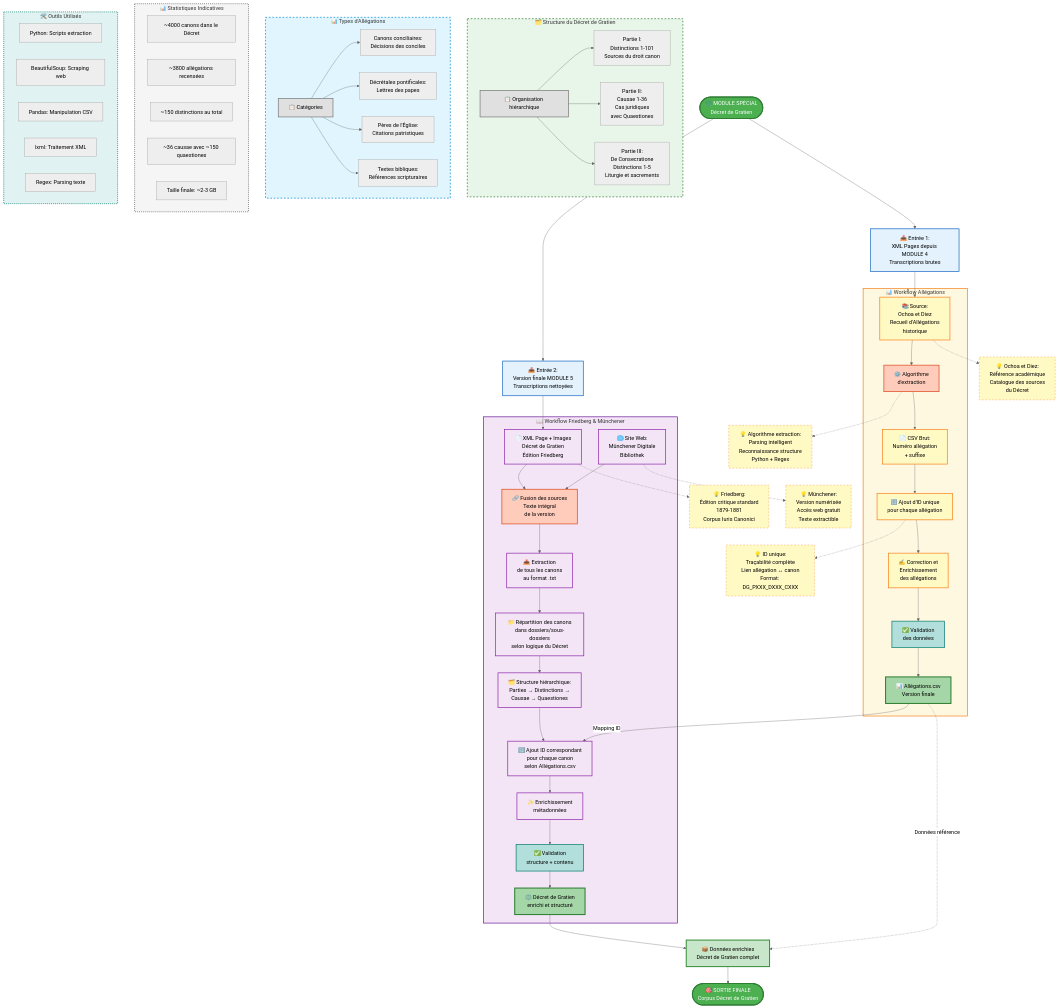
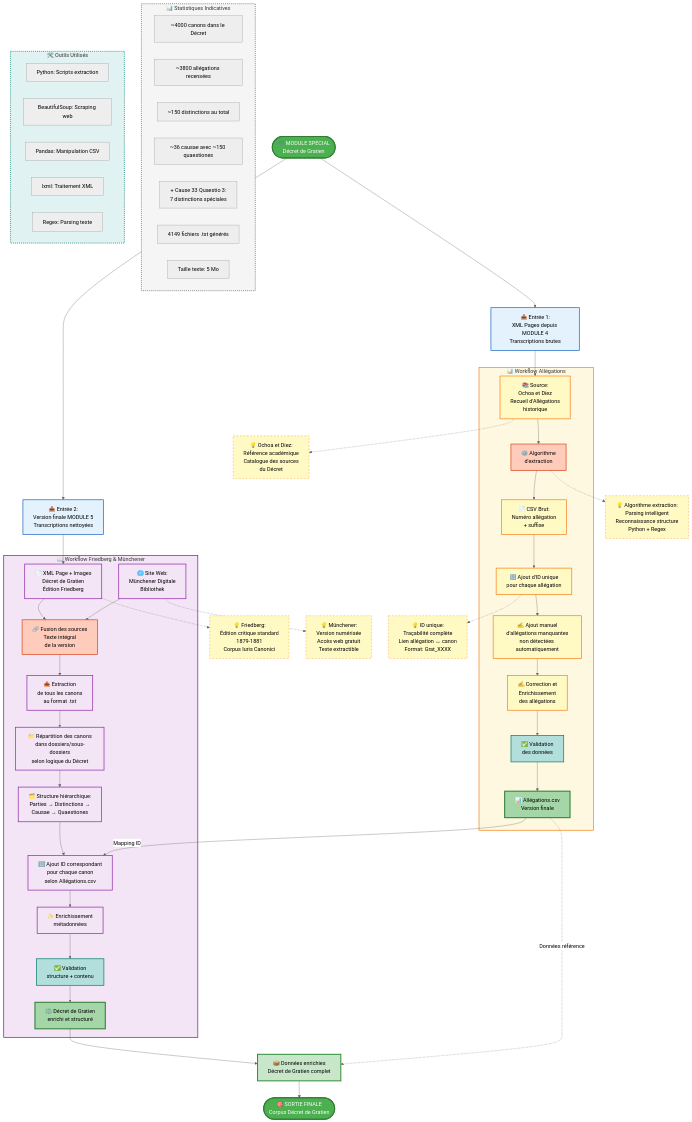
One commit to TitouanCiSaMe/CiSaMe changed the diagram in Modules_projet/Decret_Gratien/flowchart-decret-gratien.mmd. Above: the diagram before and after it, drawn with Mermaid (neutral theme).

Commit message:
Module Décret Gratien : Restructuration complète
- Suppression sous-graphe "Structure du Décret" (Parties I, II, III)
- Suppression sous-graphe "Types d'Allégations"
- Ajout étape AL_AJOUT_MANUEL pour allégations manquantes
- Mise à jour statistiques : 4149 fichiers, 5 Mo, Cause 33 Quaestio 3
- Changement format ID : DG_PXXX_DXXX_CXXX → Grat_XXXX
- Nettoyage styles orphelins

```diff
--- a/Modules_projet/Decret_Gratien/flowchart-decret-gratien.mmd
+++ b/Modules_projet/Decret_Gratien/flowchart-decret-gratien.mmd
@@ -1,192 +1,163 @@
 flowchart TD
     %% ========================================
     %% MODULE SPÉCIAL - DÉCRET DE GRATIEN
     %% ========================================
 
     START([⚖️ MODULE SPÉCIAL<br/>Décret de Gratien])
 
     %% ========================================
     %% ENTRÉES PARALLÈLES
     %% ========================================
     INPUT1[📥 Entrée 1:<br/>XML Pages depuis MODULE 4<br/>Transcriptions brutes]
     INPUT2[📥 Entrée 2:<br/>Version finale MODULE 5<br/>Transcriptions nettoyées]
 
     START --> INPUT1
     START --> INPUT2
 
     %% ========================================
     %% BRANCHE 1 - ALLÉGATIONS
     %% ========================================
     subgraph ALLEGATIONS_FLOW [📊 Workflow Allégations]
         AL_SOURCE[📚 Source:<br/>Ochoa et Diez<br/>Recueil d'Allégations<br/>historique]
         AL_ALGO[⚙️ Algorithme<br/>d'extraction]
         AL_CSV_BRUT[📄 CSV Brut:<br/>Numéro allégation<br/>+ suffixe]
         AL_AJOUT_ID[🔢 Ajout d'ID unique<br/>pour chaque allégation]
+        AL_AJOUT_MANUEL[✍️ Ajout manuel<br/>d'allégations manquantes<br/>non détectées automatiquement]
         AL_CORRECTION[✍️ Correction et<br/>Enrichissement<br/>des allégations]
         AL_VALIDATION[✅ Validation<br/>des données]
         AL_FINAL[📊 Allégations.csv<br/>Version finale]
 
         AL_SOURCE --> AL_ALGO
         AL_ALGO --> AL_CSV_BRUT
         AL_CSV_BRUT --> AL_AJOUT_ID
-        AL_AJOUT_ID --> AL_CORRECTION
+        AL_AJOUT_ID --> AL_AJOUT_MANUEL
+        AL_AJOUT_MANUEL --> AL_CORRECTION
         AL_CORRECTION --> AL_VALIDATION
         AL_VALIDATION --> AL_FINAL
     end
 
     INPUT1 --> AL_SOURCE
 
     %% ========================================
     %% BRANCHE 2 - FRIEDBERG & MÜNCHENER
     %% ========================================
     subgraph FRIEDBERG_FLOW [📖 Workflow Friedberg & Münchener]
         FR_SOURCE1[📄 XML Page + Images<br/>Décret de Gratien<br/>Édition Friedberg]
         FR_SOURCE2[🌐 Site Web:<br/>Münchener Digitale<br/>Bibliothek]
 
         FR_MERGE[🔗 Fusion des sources<br/>Texte intégral<br/>de la version]
 
         FR_EXTRACTION[📤 Extraction<br/>de tous les canons<br/>au format .txt]
 
         FR_REPARTITION[📁 Répartition des canons<br/>dans dossiers/sous-dossiers<br/>selon logique du Décret]
 
         FR_STRUCTURE[🗂️ Structure hiérarchique:<br/>Parties → Distinctions →<br/>Causae → Quaestiones]
 
         FR_AJOUT_ID[🔢 Ajout ID correspondant<br/>pour chaque canon<br/>selon Allégations.csv]
 
         FR_ENRICHISSEMENT[✨ Enrichissement<br/>métadonnées]
 
         FR_VALIDATION[✅ Validation<br/>structure + contenu]
 
         FR_FINAL[⚖️ Décret de Gratien<br/>enrichi et structuré]
 
         FR_SOURCE1 --> FR_MERGE
         FR_SOURCE2 --> FR_MERGE
         FR_MERGE --> FR_EXTRACTION
         FR_EXTRACTION --> FR_REPARTITION
         FR_REPARTITION --> FR_STRUCTURE
         FR_STRUCTURE --> FR_AJOUT_ID
         FR_AJOUT_ID --> FR_ENRICHISSEMENT
         FR_ENRICHISSEMENT --> FR_VALIDATION
         FR_VALIDATION --> FR_FINAL
     end
 
     INPUT2 --> FR_SOURCE1
 
     %% ========================================
     %% CONNEXION ENTRE LES BRANCHES
     %% ========================================
     AL_FINAL -->|Mapping ID| FR_AJOUT_ID
 
     %% ========================================
     %% SORTIE FINALE
     %% ========================================
     CONVERGENCE[📦 Données enrichies<br/>Décret de Gratien complet]
 
     FR_FINAL --> CONVERGENCE
     AL_FINAL -.->|Données référence| CONVERGENCE
 
     OUTPUT([🎯 SORTIE FINALE<br/>Corpus Décret de Gratien])
 
     CONVERGENCE --> OUTPUT
 
-    %% ========================================
-    %% DÉTAIL STRUCTURE DÉCRET
-    %% ========================================
-    subgraph STRUCTURE_DETAIL [🗂️ Structure du Décret de Gratien]
-        STRUCT_TITLE[📋 Organisation hiérarchique]
 
-        STRUCT_P1[Partie I:<br/>Distinctions 1-101<br/>Sources du droit canon]
-        STRUCT_P2[Partie II:<br/>Causae 1-36<br/>Cas juridiques<br/>avec Quaestiones]
-        STRUCT_P3[Partie III:<br/>De Consecratione<br/>Distinctions 1-5<br/>Liturgie et sacrements]
-
-        STRUCT_TITLE --> STRUCT_P1
-        STRUCT_TITLE --> STRUCT_P2
-        STRUCT_TITLE --> STRUCT_P3
-    end
-
-    %% ========================================
-    %% DÉTAIL ALLÉGATIONS
-    %% ========================================
-    subgraph ALLEGATIONS_DETAIL [📊 Types d'Allégations]
-        ALLEG_TITLE[📋 Catégories]
-
-        ALLEG_CANON[Canons conciliaires:<br/>Décisions des conciles]
-        ALLEG_DECRET[Décrétales pontificales:<br/>Lettres des papes]
-        ALLEG_PERES[Pères de l'Église:<br/>Citations patristiques]
-        ALLEG_BIBLE[Textes bibliques:<br/>Références scripturaires]
-
-        ALLEG_TITLE --> ALLEG_CANON
-        ALLEG_TITLE --> ALLEG_DECRET
-        ALLEG_TITLE --> ALLEG_PERES
-        ALLEG_TITLE --> ALLEG_BIBLE
-    end
 
     %% ========================================
     %% ANNOTATIONS
     %% ========================================
     note1[💡 Ochoa et Diez:<br/>Référence académique<br/>Catalogue des sources<br/>du Décret]
     note2[💡 Friedberg:<br/>Édition critique standard<br/>1879-1881<br/>Corpus Iuris Canonici]
     note3[💡 Münchener:<br/>Version numérisée<br/>Accès web gratuit<br/>Texte extractible]
     note4[💡 Algorithme extraction:<br/>Parsing intelligent<br/>Reconnaissance structure<br/>Python + Regex]
-    note5[💡 ID unique:<br/>Traçabilité complète<br/>Lien allégation ↔ canon<br/>Format: DG_PXXX_DXXX_CXXX]
+    note5[💡 ID unique:<br/>Traçabilité complète<br/>Lien allégation ↔ canon<br/>Format: Grat_XXXX]
 
     AL_SOURCE -.-> note1
     FR_SOURCE1 -.-> note2
     FR_SOURCE2 -.-> note3
     AL_ALGO -.-> note4
     AL_AJOUT_ID -.-> note5
 
     %% ========================================
     %% STATISTIQUES
     %% ========================================
     subgraph STATS [📊 Statistiques Indicatives]
         S1[~4000 canons dans le Décret]
         S2[~3800 allégations recensées]
         S3[~150 distinctions au total]
         S4[~36 causae avec ~150 quaestiones]
-        S5[Taille finale: ~2-3 GB]
+        S5[+ Cause 33 Quaestio 3:<br/>7 distinctions spéciales]
+        S6[4149 fichiers .txt générés]
+        S7[Taille texte: 5 Mo]
     end
 
     %% ========================================
     %% OUTILS
     %% ========================================
     subgraph TOOLS [🛠️ Outils Utilisés]
         T1[Python: Scripts extraction]
         T2[BeautifulSoup: Scraping web]
         T3[Pandas: Manipulation CSV]
         T4[lxml: Traitement XML]
         T5[Regex: Parsing texte]
     end
 
     %% ========================================
     %% STYLES
     %% ========================================
     classDef startEnd fill:#4caf50,stroke:#2e7d32,stroke-width:3px,color:#fff
     classDef input fill:#e3f2fd,stroke:#1565c0,stroke-width:2px
     classDef allegations fill:#fff9c4,stroke:#f57f17,stroke-width:2px
     classDef friedberg fill:#f3e5f5,stroke:#8e24aa,stroke-width:2px
     classDef source fill:#e1f5ff,stroke:#0288d1,stroke-width:2px
     classDef algorithme fill:#ffccbc,stroke:#d84315,stroke-width:2px
     classDef validation fill:#b2dfdb,stroke:#00796b,stroke-width:2px
     classDef final fill:#a5d6a7,stroke:#2e7d32,stroke-width:3px
     classDef convergence fill:#c8e6c9,stroke:#388e3c,stroke-width:3px
     classDef note fill:#fff9c4,stroke:#f57f17,stroke-width:1px,stroke-dasharray: 5 5
     classDef title fill:#e0e0e0,stroke:#757575,stroke-width:2px
 
     class START,OUTPUT startEnd
     class INPUT1,INPUT2 input
-    class AL_SOURCE,AL_CSV_BRUT,AL_AJOUT_ID,AL_CORRECTION,AL_FINAL allegations
+    class AL_SOURCE,AL_CSV_BRUT,AL_AJOUT_ID,AL_AJOUT_MANUEL,AL_CORRECTION,AL_FINAL allegations
     class FR_SOURCE1,FR_SOURCE2,FR_MERGE,FR_EXTRACTION,FR_REPARTITION,FR_STRUCTURE,FR_AJOUT_ID,FR_ENRICHISSEMENT,FR_FINAL friedberg
     class AL_ALGO,FR_MERGE algorithme
     class AL_VALIDATION,FR_VALIDATION validation
     class AL_FINAL,FR_FINAL final
     class CONVERGENCE convergence
     class note1,note2,note3,note4,note5 note
-    class STRUCT_TITLE,ALLEG_TITLE title
 
     style ALLEGATIONS_FLOW fill:#fff8e1,stroke:#f57f17,stroke-width:2px
     style FRIEDBERG_FLOW fill:#f3e5f5,stroke:#6a1b9a,stroke-width:2px
-    style STRUCTURE_DETAIL fill:#e8f5e9,stroke:#2e7d32,stroke-width:2px,stroke-dasharray: 5 5
-    style ALLEGATIONS_DETAIL fill:#e1f5fe,stroke:#0288d1,stroke-width:2px,stroke-dasharray: 5 5
     style STATS fill:#f5f5f5,stroke:#616161,stroke-width:2px,stroke-dasharray: 3 3
     style TOOLS fill:#e0f2f1,stroke:#00796b,stroke-width:2px,stroke-dasharray: 3 3
```
